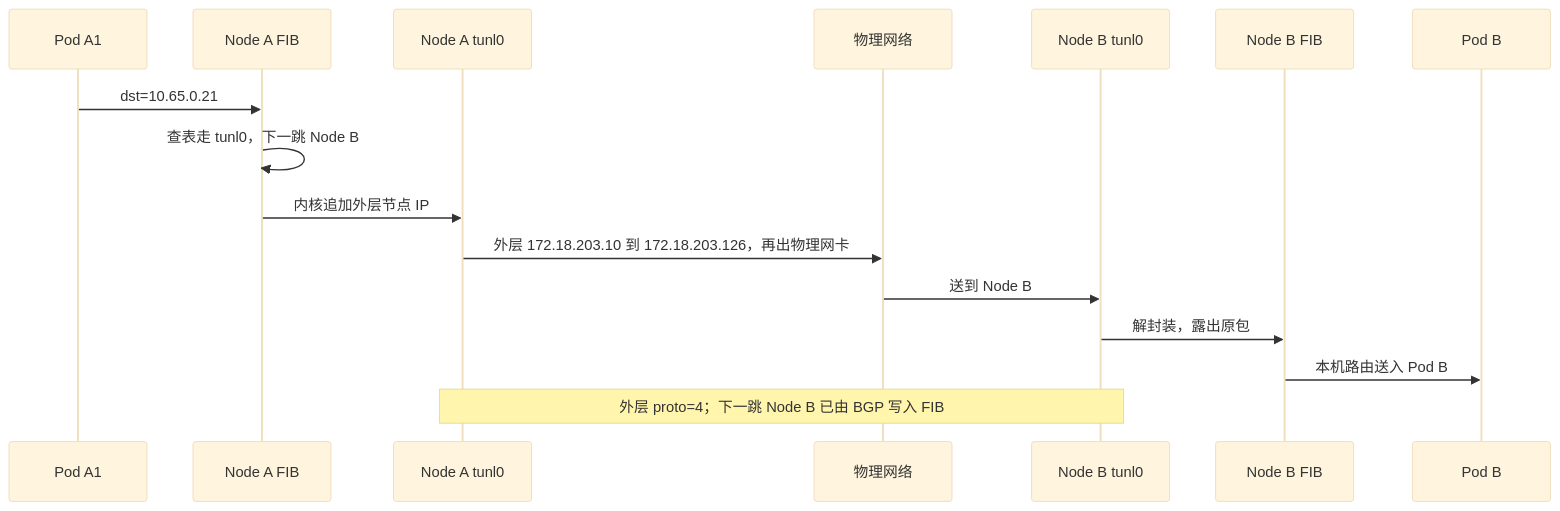
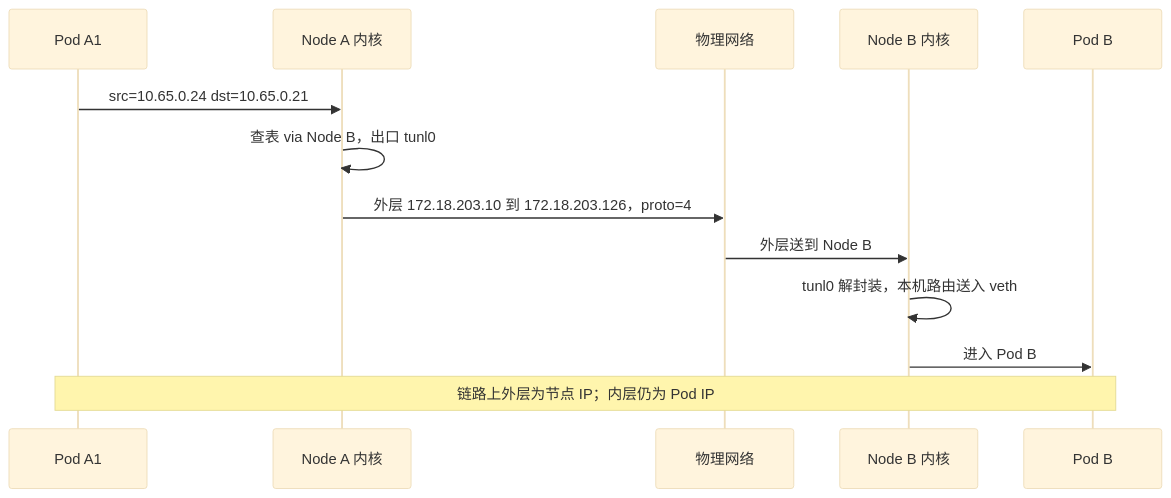
The seventh of 8 diagrams in 20-architecture/24-calico-l3-dataplane-treatise.md (xiaxinyu/knowledge_base), drawn with Mermaid (base theme) before and after one commit. The commit also changed other lines of this file and 2 other files, not shown here.

````diff
--- a/20-architecture/24-calico-l3-dataplane-treatise.md
+++ b/20-architecture/24-calico-l3-dataplane-treatise.md
@@ -446,19 +453,16 @@
 ```mermaid
 sequenceDiagram
   participant A1 as Pod A1
-  participant NA as Node A FIB
-  participant T0 as Node A tunl0
+  participant NA as Node A 内核
   participant W as 物理网络
-  participant T1 as Node B tunl0
-  participant NB as Node B FIB
+  participant NB as Node B 内核
   participant B as Pod B
 
-  A1->>NA: dst=10.65.0.21
-  NA->>NA: 查表走 tunl0，下一跳 Node B
-  NA->>T0: 内核追加外层节点 IP
-  T0->>W: 外层 172.18.203.10 到 172.18.203.126，再出物理网卡
-  W->>T1: 送到 Node B
-  T1->>NB: 解封装，露出原包
-  NB->>B: 本机路由送入 Pod B
-  Note over T0,T1: 外层 proto=4；下一跳 Node B 已由 BGP 写入 FIB
+  A1->>NA: src=10.65.0.24 dst=10.65.0.21
+  NA->>NA: 查表 via Node B，出口 tunl0
+  NA->>W: 外层 172.18.203.10 到 172.18.203.126，proto=4
+  W->>NB: 外层送到 Node B
+  NB->>NB: tunl0 解封装，本机路由送入 veth
+  NB->>B: 进入 Pod B
+  Note over A1,B: 链路上外层为节点 IP；内层仍为 Pod IP
 ```
````
